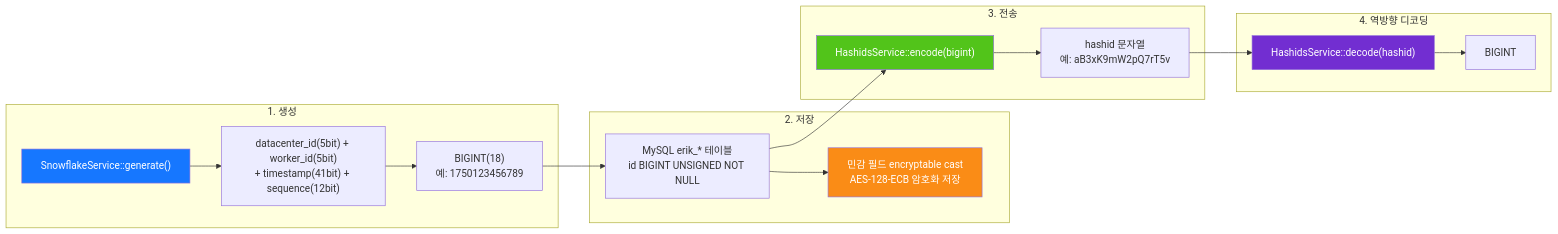
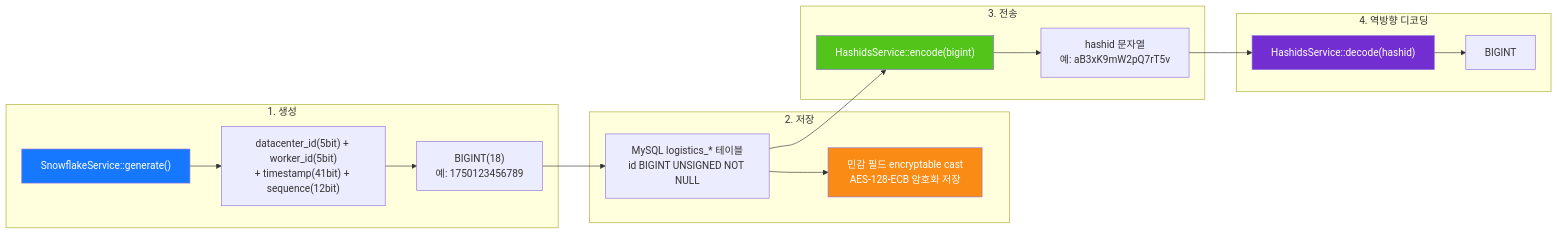
Before and after one commit to erikwang2013/integrated-global-logistics: the diagram in admin/docs/diagrams/06-id-lifecycle.ko.md, drawn with Mermaid. The commit also changed 211 other files, not shown here.

````diff
--- a/admin/docs/diagrams/06-id-lifecycle.ko.md
+++ b/admin/docs/diagrams/06-id-lifecycle.ko.md
@@ -7,32 +7,32 @@
 ```mermaid
 flowchart LR
     subgraph gen["1. 생성"]
         g1["SnowflakeService::generate()"]
         g2["datacenter_id(5bit) + worker_id(5bit)<br/>+ timestamp(41bit) + sequence(12bit)"]
         g3["BIGINT(18)<br/>예: 1750123456789"]
         g1 --> g2 --> g3
     end
 
     subgraph store["2. 저장"]
-        s1["MySQL erik_* 테이블<br/>id BIGINT UNSIGNED NOT NULL"]
+        s1["MySQL logistics_* 테이블<br/>id BIGINT UNSIGNED NOT NULL"]
         s2["민감 필드 encryptable cast<br/>AES-128-ECB 암호화 저장"]
         g3 --> s1 --> s2
     end
 
     subgraph transfer["3. 전송"]
         t1["HashidsService::encode(bigint)"]
         t2["hashid 문자열<br/>예: aB3xK9mW2pQ7rT5v"]
         s1 --> t1 --> t2
     end
 
     subgraph reverse["4. 역방향 디코딩"]
         r1["HashidsService::decode(hashid)"]
         r2["BIGINT"]
         t2 --> r1 --> r2
     end
 
     style g1 fill:#1677FF,color:#fff
     style s2 fill:#FA8C16,color:#fff
     style t1 fill:#52C41A,color:#fff
     style r1 fill:#722ED1,color:#fff
 ```
````
